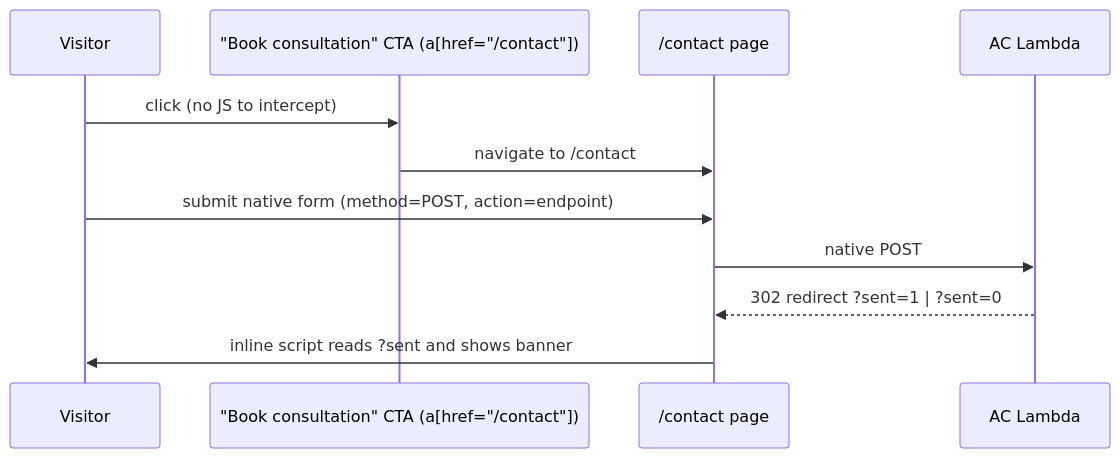
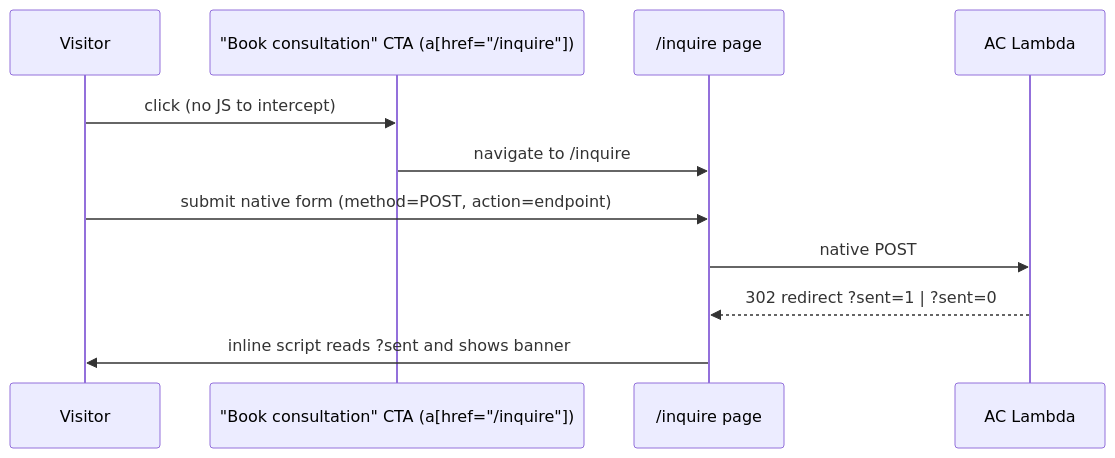
The third of 3 diagrams in astro-photographer/.kiro/specs/codex-experience-stories-contact/design.md (emgeier/PhotographerSite), drawn with Mermaid before and after one commit. The commit also changed other lines of this file and 41 other files, not shown here.

````diff
--- a/astro-photographer/.kiro/specs/codex-experience-stories-contact/design.md
+++ b/astro-photographer/.kiro/specs/codex-experience-stories-contact/design.md
@@ -140,14 +140,14 @@
 ```mermaid
 sequenceDiagram
     participant U as Visitor
-    participant CTA as "Book consultation" CTA (a[href="/contact"])
-    participant P as /contact page
+    participant CTA as "Book consultation" CTA (a[href="/inquire"])
+    participant P as /inquire page
     participant AC as AC Lambda
 
     U->>CTA: click (no JS to intercept)
-    CTA->>P: navigate to /contact
+    CTA->>P: navigate to /inquire
     U->>P: submit native form (method=POST, action=endpoint)
     P->>AC: native POST
     AC-->>P: 302 redirect ?sent=1 | ?sent=0
     P->>U: inline script reads ?sent and shows banner
 ```
````
